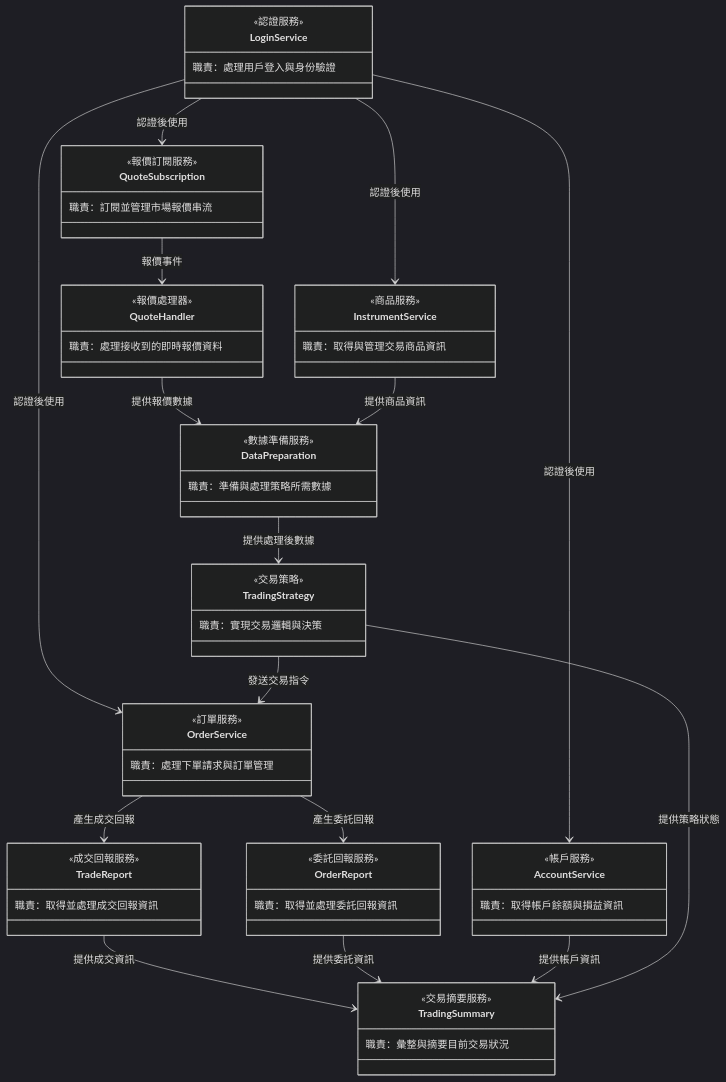
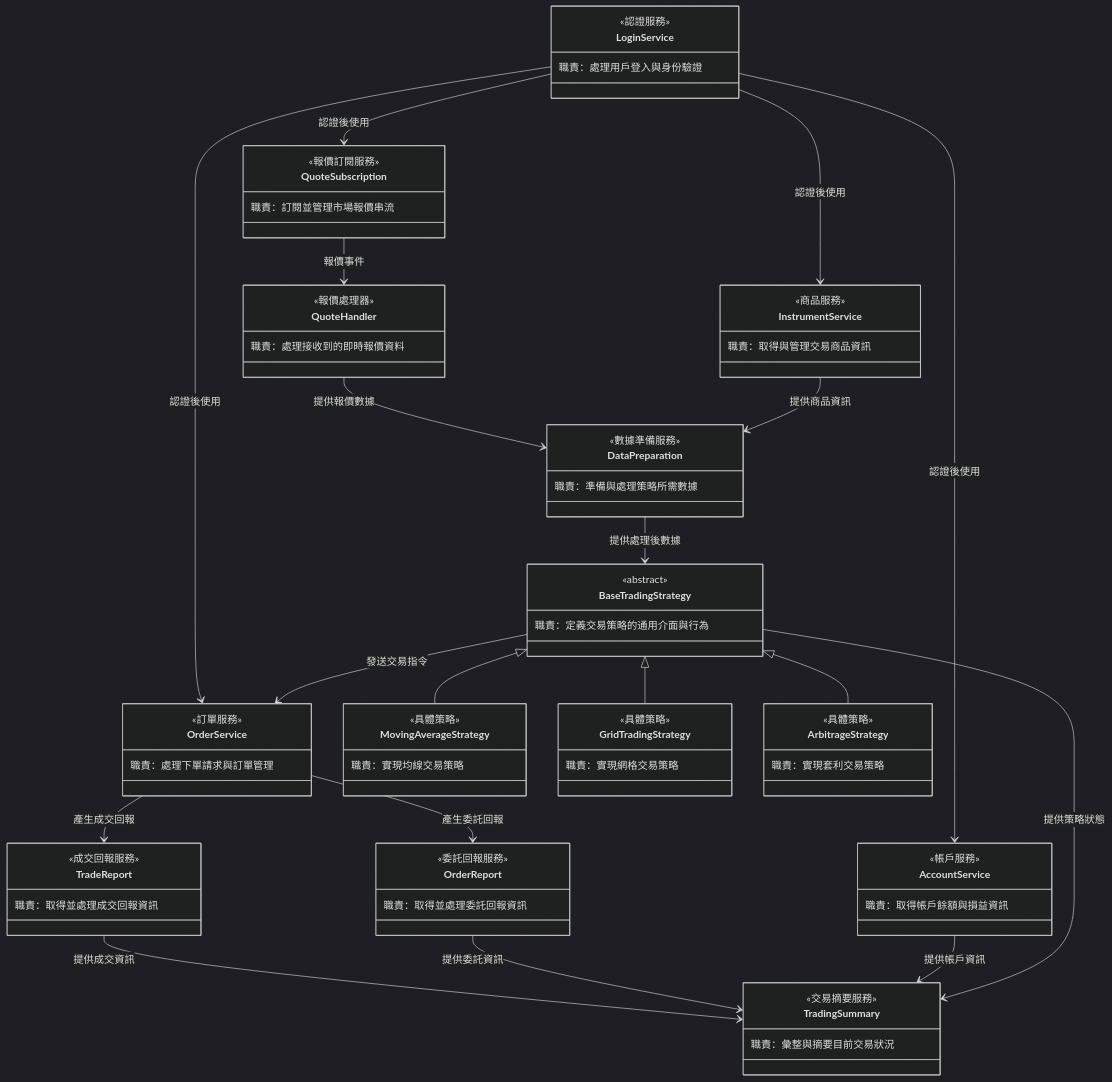
Before and after one commit to wu02067602/sample-trading: the diagram in 類別圖.md, drawn with Mermaid (dark theme). The commit also changed other lines of this file, not shown here.

````diff
--- a/類別圖.md
+++ b/類別圖.md
@@ -48,9 +48,25 @@
         職責：取得帳戶餘額與損益資訊
     }
     
-    class TradingStrategy {
-        <<交易策略>>
-        職責：實現交易邏輯與決策
+    class BaseTradingStrategy {
+        <<abstract>>
+        <<交易策略抽象基類>>
+        職責：定義交易策略的通用介面與行為
+    }
+    
+    class MovingAverageStrategy {
+        <<具體策略>>
+        職責：實現均線交易策略
+    }
+    
+    class GridTradingStrategy {
+        <<具體策略>>
+        職責：實現網格交易策略
+    }
+    
+    class ArbitrageStrategy {
+        <<具體策略>>
+        職責：實現套利交易策略
     }
     
     class DataPreparation {
@@ -63,6 +79,11 @@
         職責：彙整與摘要目前交易狀況
     }
     
+    %% 繼承關係
+    BaseTradingStrategy <|-- MovingAverageStrategy
+    BaseTradingStrategy <|-- GridTradingStrategy
+    BaseTradingStrategy <|-- ArbitrageStrategy
+    
     %% 類別之間的關係
     LoginService --> InstrumentService : 認證後使用
     LoginService --> QuoteSubscription : 認證後使用
@@ -74,9 +95,9 @@
     QuoteHandler --> DataPreparation : 提供報價數據
     InstrumentService --> DataPreparation : 提供商品資訊
     
-    DataPreparation --> TradingStrategy : 提供處理後數據
+    DataPreparation --> BaseTradingStrategy : 提供處理後數據
     
-    TradingStrategy --> OrderService : 發送交易指令
+    BaseTradingStrategy --> OrderService : 發送交易指令
     
     OrderService --> TradeReport : 產生成交回報
     OrderService --> OrderReport : 產生委託回報
@@ -84,5 +105,5 @@
     TradeReport --> TradingSummary : 提供成交資訊
     OrderReport --> TradingSummary : 提供委託資訊
     AccountService --> TradingSummary : 提供帳戶資訊
-    TradingStrategy --> TradingSummary : 提供策略狀態
+    BaseTradingStrategy --> TradingSummary : 提供策略狀態
 ```
````
